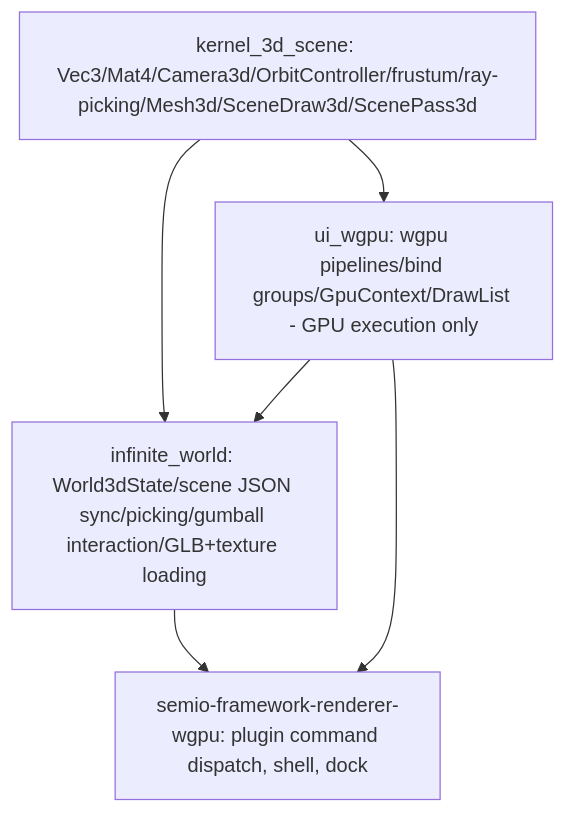
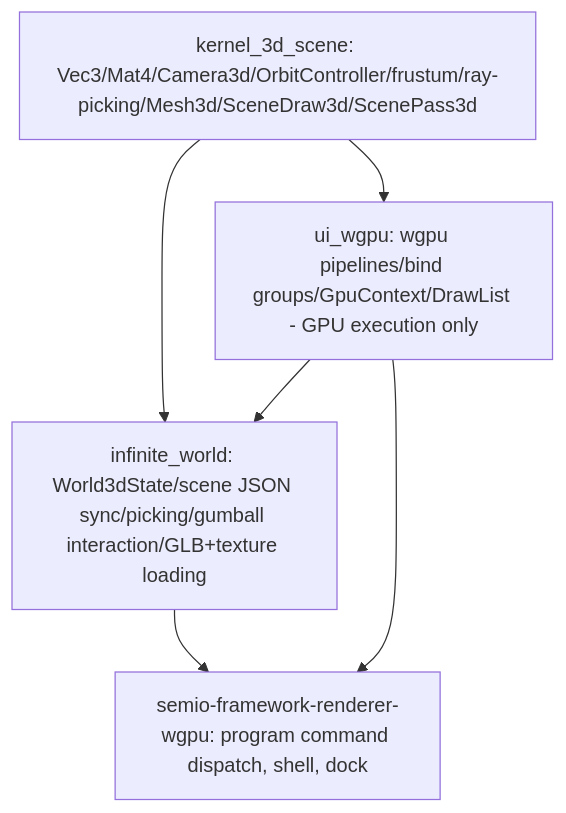
The diagram in .cursor/plans/3d_kernel_and_infinite_world_extraction_709a5add.plan.md (usalu/semio), drawn with Mermaid before and after one commit. The commit also changed other lines of this file and 1361 other files, not shown here.

````diff
--- a/.cursor/plans/3d_kernel_and_infinite_world_extraction_709a5add.plan.md
+++ b/.cursor/plans/3d_kernel_and_infinite_world_extraction_709a5add.plan.md
@@ -55,13 +55,13 @@
 ```mermaid
 graph TD
     kernelScene[kernel_3d_scene: Vec3/Mat4/Camera3d/OrbitController/frustum/ray-picking/Mesh3d/SceneDraw3d/ScenePass3d]
     uiWgpu[ui_wgpu: wgpu pipelines/bind groups/GpuContext/DrawList - GPU execution only]
     infiniteWorld[infinite_world: World3dState/scene JSON sync/picking/gumball interaction/GLB+texture loading]
-    frameworkRenderer[semio-framework-renderer-wgpu: plugin command dispatch, shell, dock]
+    frameworkRenderer[semio-framework-renderer-wgpu: program command dispatch, shell, dock]
 
     kernelScene --> uiWgpu
     kernelScene --> infiniteWorld
     uiWgpu --> infiniteWorld
     infiniteWorld --> frameworkRenderer
     uiWgpu --> frameworkRenderer
 ```
````
